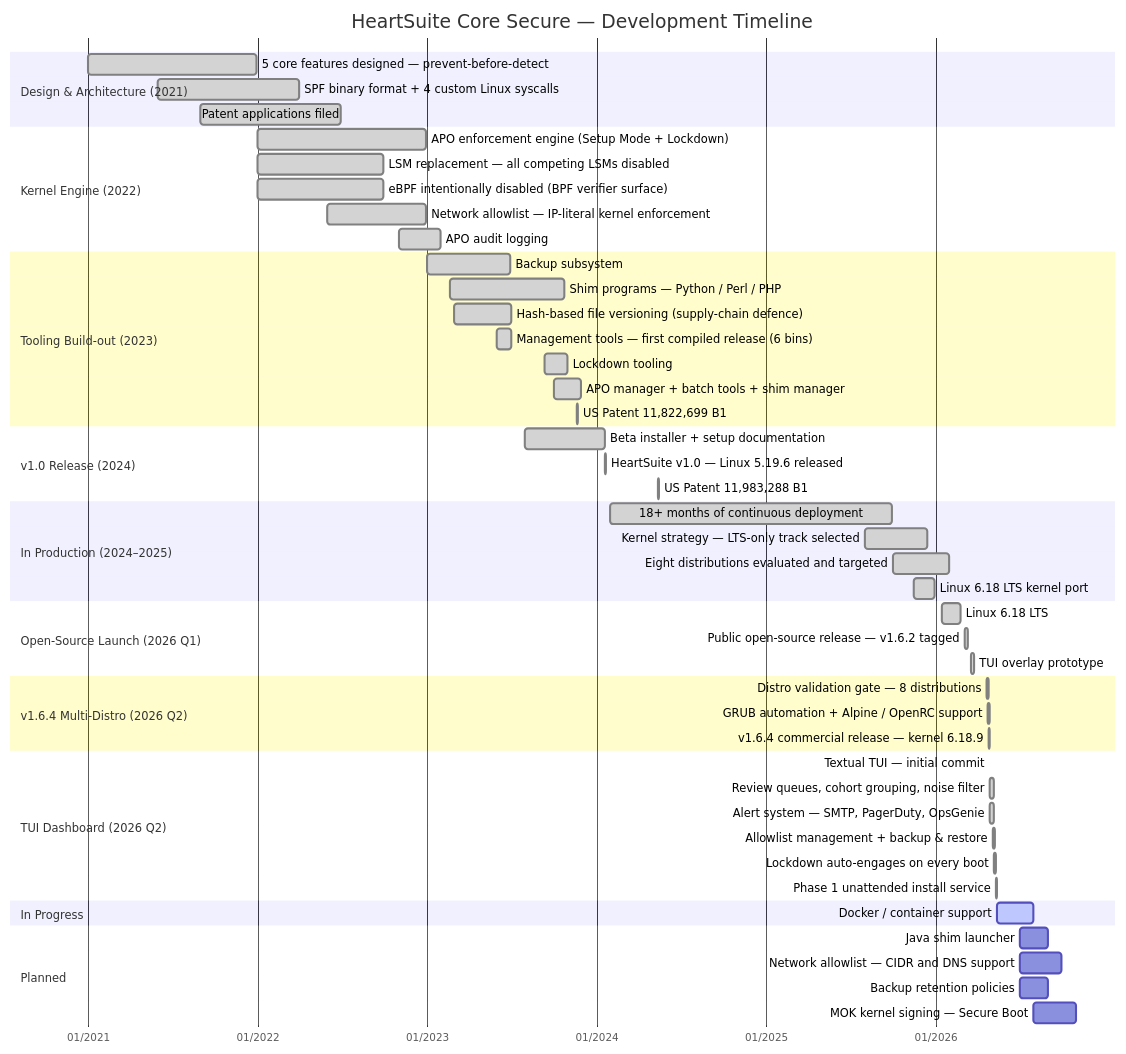
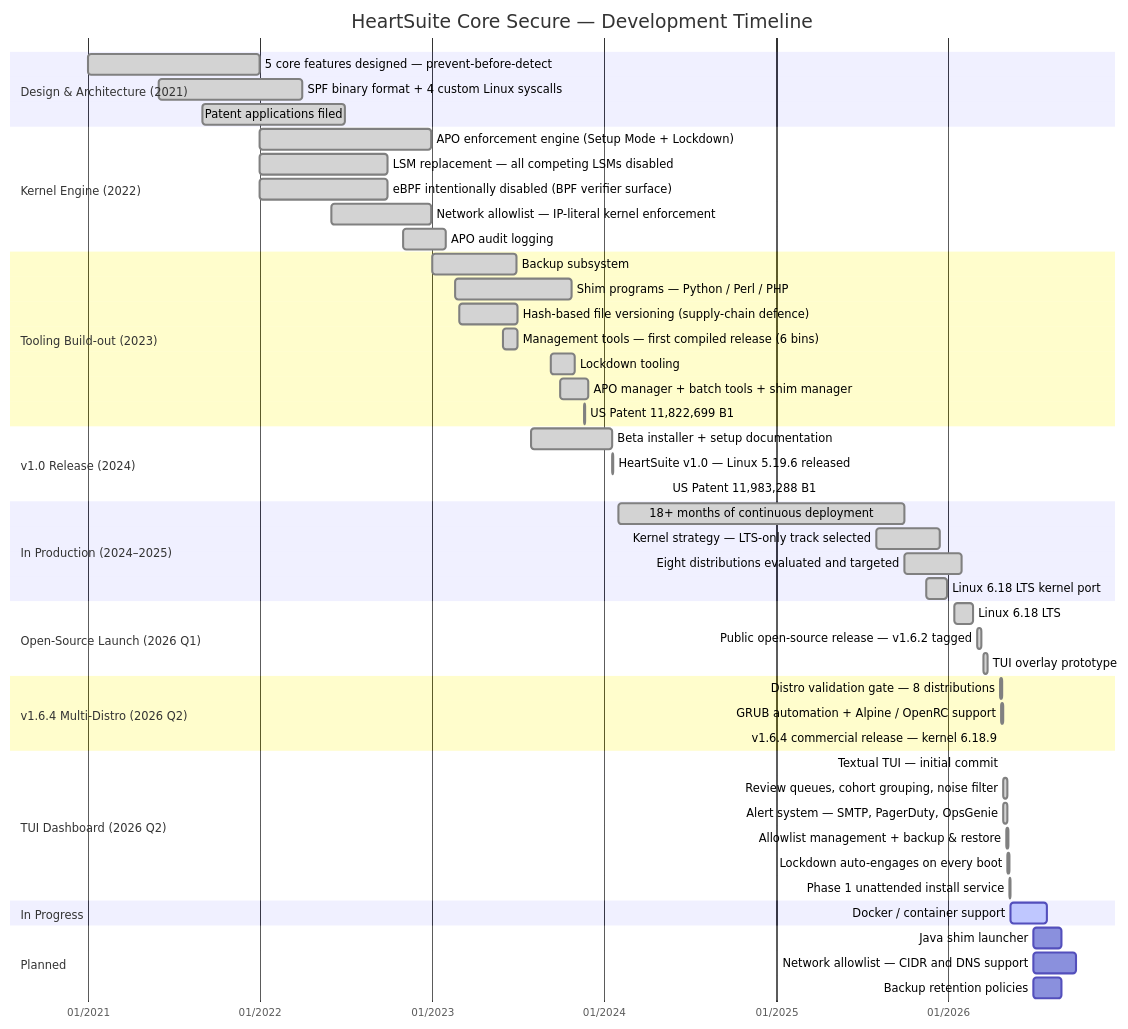
The diagram in content/en/docs/roadmap/_index.md (HeartSecuritySuite/heartsuite-docs), drawn with Mermaid before and after one commit. The commit also changed other lines of this file, not shown here.

Commit message:
docs(roadmap): remove MOK/Secure Boot entry

````diff
--- a/content/en/docs/roadmap/_index.md
+++ b/content/en/docs/roadmap/_index.md
@@ -21,65 +21,64 @@
 ```mermaid
 gantt
     title HeartSuite Core Secure — Development Timeline
     dateFormat YYYY-MM-DD
     axisFormat %m/%Y
 
     section Design & Architecture (2021)
     5 core features designed — prevent-before-detect  :done, 2021-01-01, 2021-12-31
     SPF binary format + 4 custom Linux syscalls        :done, 2021-06-01, 2022-03-31
     Patent applications filed                          :done, 2021-09-01, 2022-06-30
 
     section Kernel Engine (2022)
     APO enforcement engine (Setup Mode + Lockdown)     :done, 2022-01-01, 2022-12-31
     LSM replacement — all competing LSMs disabled      :done, 2022-01-01, 2022-09-30
     eBPF intentionally disabled (BPF verifier surface) :done, 2022-01-01, 2022-09-30
     Network allowlist — IP-literal kernel enforcement  :done, 2022-06-01, 2022-12-31
     APO audit logging                                  :done, 2022-11-01, 2023-01-31
 
     section Tooling Build-out (2023)
     Backup subsystem                                  :done, 2023-01-01, 2023-06-30
     Shim programs — Python / Perl / PHP               :done, 2023-02-20, 2023-10-25
     Hash-based file versioning (supply-chain defence) :done, 2023-03-01, 2023-07-01
     Management tools — first compiled release (6 bins) :done, 2023-06-01, 2023-07-01
     Lockdown tooling                                  :done, 2023-09-11, 2023-10-31
     APO manager + batch tools + shim manager          :done, 2023-10-01, 2023-11-30
     US Patent 11,822,699 B1                           :done, 2023-11-21, 2023-11-22
 
     section v1.0 Release (2024)
     Beta installer + setup documentation              :done, 2023-07-31, 2024-01-20
     HeartSuite v1.0 — Linux 5.19.6 released           :done, 2024-01-20, 2024-01-21
     US Patent 11,983,288 B1                           :done, 2024-05-14, 2024-05-15
 
     section In Production (2024–2025)
     18+ months of continuous deployment        :done, 2024-02-01, 2025-09-30
     Kernel strategy — LTS-only track selected         :done, 2025-08-01, 2025-12-15
     Eight distributions evaluated and targeted        :done, 2025-10-01, 2026-01-31
     Linux 6.18 LTS kernel port                        :done, 2025-11-15, 2025-12-31
 
     section Open-Source Launch (2026 Q1)
     Linux 6.18 LTS          :done, 2026-01-15, 2026-02-24
     Public open-source release — v1.6.2 tagged        :done, 2026-03-05, 2026-03-12
     TUI overlay prototype                             :done, 2026-03-18, 2026-03-26
 
     section v1.6.4 Multi-Distro (2026 Q2)
     Distro validation gate — 8 distributions          :done, 2026-04-22, 2026-04-26
     GRUB automation + Alpine / OpenRC support         :done, 2026-04-23, 2026-04-29
     v1.6.4 commercial release — kernel 6.18.9         :done, 2026-04-26, 2026-04-27
 
     section TUI Dashboard (2026 Q2)
     Textual TUI — initial commit                      :done, 2026-04-28, 2026-04-29
     Review queues, cohort grouping, noise filter      :done, 2026-04-28, 2026-05-07
     Alert system — SMTP, PagerDuty, OpsGenie          :done, 2026-04-28, 2026-05-07
     Allowlist management + backup & restore           :done, 2026-05-04, 2026-05-10
     Lockdown auto-engages on every boot               :done, 2026-05-07, 2026-05-12
     Phase 1 unattended install service                :done, 2026-05-12, 2026-05-14
 
     section In Progress
     Docker / container support                        :active, 2026-05-14, 2026-07-31
 
     section Planned
     Java shim launcher                               :2026-07-01, 2026-08-31
     Network allowlist — CIDR and DNS support         :2026-07-01, 2026-09-30
     Backup retention policies                        :2026-07-01, 2026-08-31
-    MOK kernel signing — Secure Boot                 :2026-08-01, 2026-10-31
 ```
````
